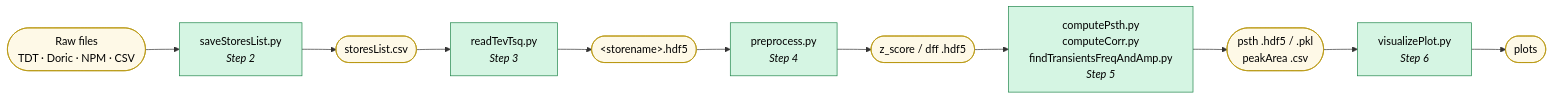
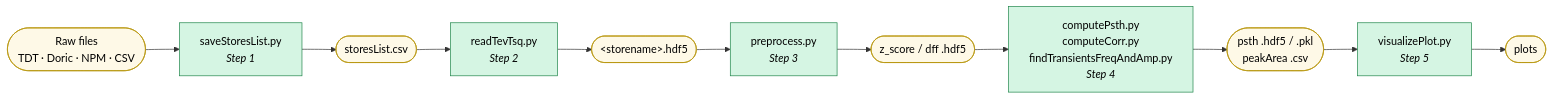
The first of 3 diagrams in docs/architecture.md (LernerLab/GuPPy), drawn with Mermaid before and after one commit. The commit also changed other lines of this file and 61 other files, not shown here.

````diff
--- a/docs/architecture.md
+++ b/docs/architecture.md
@@ -89,26 +89,26 @@
 ```mermaid
 flowchart LR
     RAW(["Raw files<br/>TDT · Doric · NPM · CSV"])
 
-    S2["saveStoresList.py<br/><i>Step 2</i>"]
+    S2["saveStoresList.py<br/><i>Step 1</i>"]
     F1(["storesList.csv"])
 
-    S3["readTevTsq.py<br/><i>Step 3</i>"]
+    S3["readTevTsq.py<br/><i>Step 2</i>"]
     F2(["&lt;storename&gt;.hdf5"])
 
-    S4["preprocess.py<br/><i>Step 4</i>"]
+    S4["preprocess.py<br/><i>Step 3</i>"]
     F3(["z_score / dff .hdf5"])
 
-    S5["computePsth.py<br/>computeCorr.py<br/>findTransientsFreqAndAmp.py<br/><i>Step 5</i>"]
+    S5["computePsth.py<br/>computeCorr.py<br/>findTransientsFreqAndAmp.py<br/><i>Step 4</i>"]
     F4(["psth .hdf5 / .pkl<br/>peakArea .csv"])
 
-    S6["visualizePlot.py<br/><i>Step 6</i>"]
+    S6["visualizePlot.py<br/><i>Step 5</i>"]
     DASH(["plots"])
 
     RAW --> S2 --> F1 --> S3 --> F2 --> S4 --> F3 --> S5 --> F4 --> S6 --> DASH
 
     classDef step fill:#d5f5e3,stroke:#1e8449,color:#000
     classDef file fill:#fef9e7,stroke:#b7950b,color:#000
     class S2,S3,S4,S5,S6 step
     class RAW,F1,F2,F3,F4,DASH file
 ```
````
